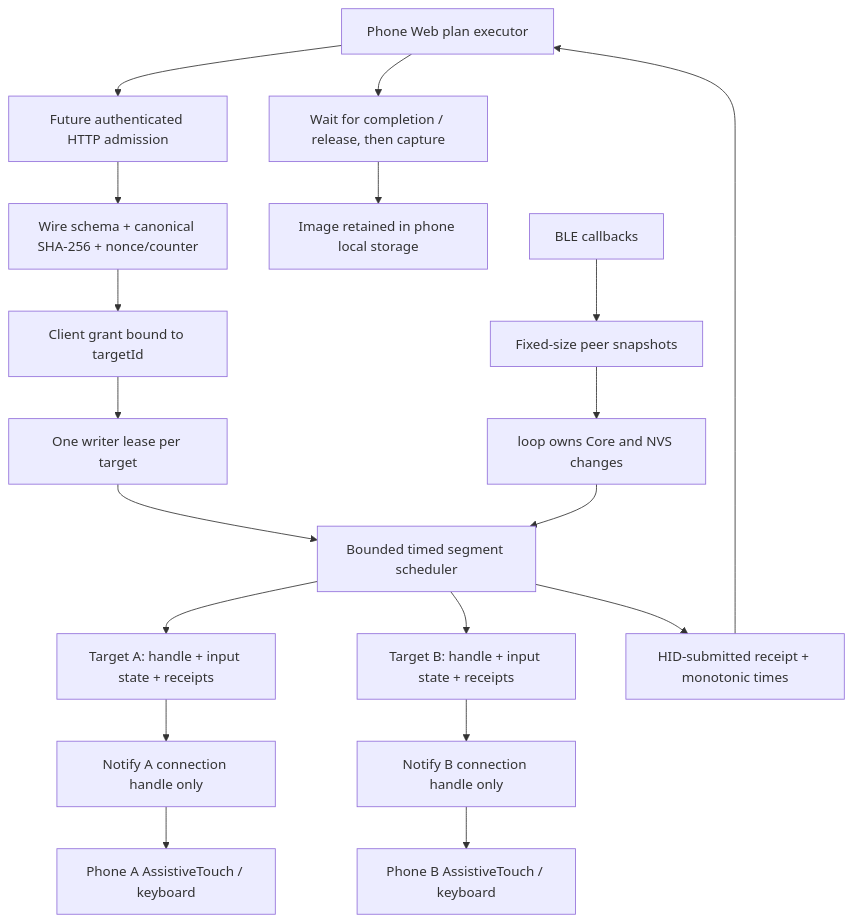
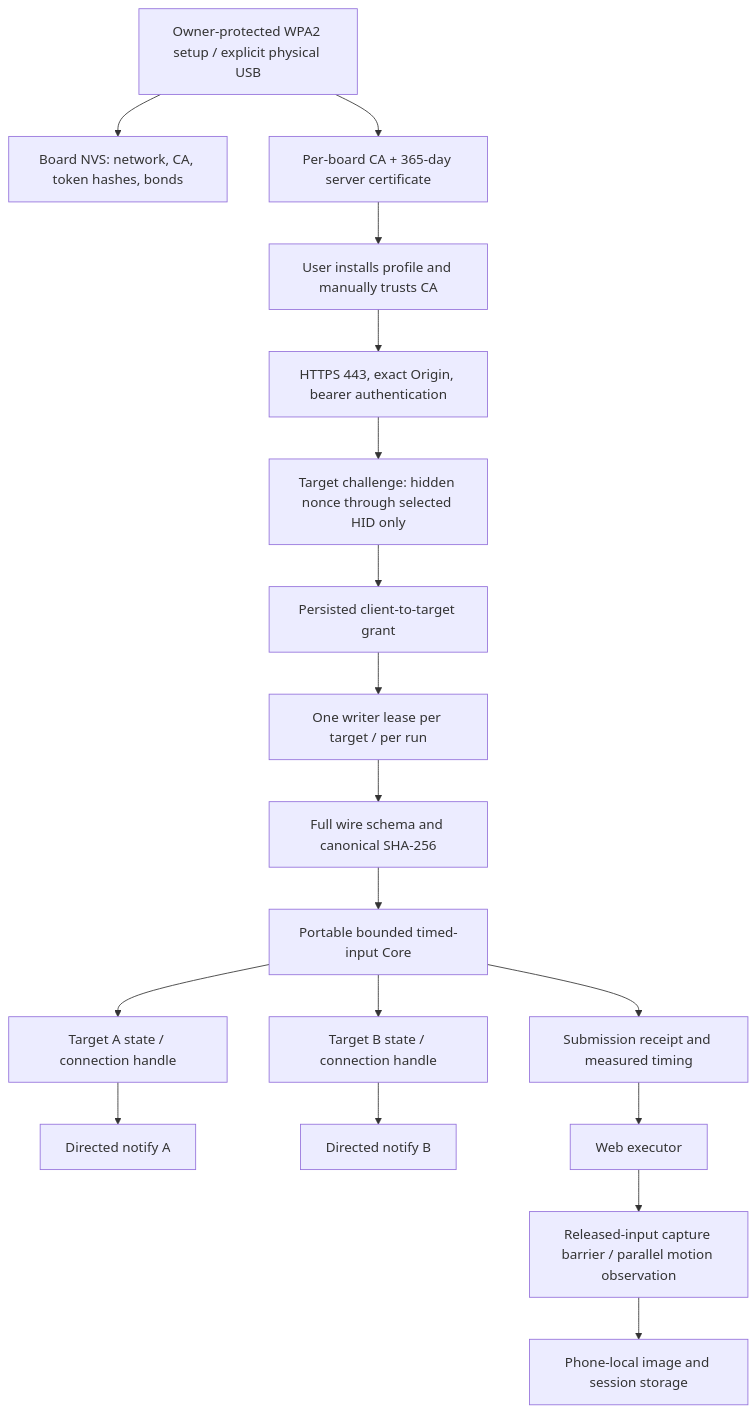
Before and after one commit to cccat6/iphone-agent-harness: the first of 2 diagrams in docs/architecture/firmware-implementation.md, drawn with Mermaid. The commit also changed other lines of this file and 263 other files, not shown here.

Commit message:
Complete local iPhone harness, signed Skills and secure ESP32 bridge

````diff
--- a/docs/architecture/firmware-implementation.md
+++ b/docs/architecture/firmware-implementation.md
@@ -7,21 +9,20 @@
 ```mermaid
 flowchart TD
-  Web[Phone Web plan executor] --> Auth[Future authenticated HTTP admission]
-  Auth --> Verify[Wire schema + canonical SHA-256 + nonce/counter]
-  Verify --> Bind[Client grant bound to targetId]
-  Bind --> Lease[One writer lease per target]
-  Lease --> Core[Bounded timed segment scheduler]
-  Core --> A[Target A: handle + input state + receipts]
-  Core --> B[Target B: handle + input state + receipts]
-  A --> NA[Notify A connection handle only]
-  B --> NB[Notify B connection handle only]
-  NA --> PA[Phone A AssistiveTouch / keyboard]
-  NB --> PB[Phone B AssistiveTouch / keyboard]
-  Core --> Receipt[HID-submitted receipt + monotonic times]
-  Receipt --> Web
-  Web --> Barrier[Wait for completion / release, then capture]
-  Barrier --> Local[Image retained in phone local storage]
-  Peer[BLE callbacks] --> Snap[Fixed-size peer snapshots]
-  Snap --> Loop[loop owns Core and NVS changes]
-  Loop --> Core
+  Setup[Owner-protected WPA2 setup / explicit physical USB] --> NVS[Board NVS: network, CA, token hashes, bonds]
+  Setup --> CA[Per-board CA + 365-day server certificate]
+  CA --> Trust[User installs profile and manually trusts CA]
+  Trust --> TLS[HTTPS 443, exact Origin, bearer authentication]
+  TLS --> Proof[Target challenge: hidden nonce through selected HID only]
+  Proof --> Grant[Persisted client-to-target grant]
+  Grant --> Writer[One writer lease per target / per run]
+  Writer --> Verify[Full wire schema and canonical SHA-256]
+  Verify --> Core[Portable bounded timed-input Core]
+  Core --> A[Target A state / connection handle]
+  Core --> B[Target B state / connection handle]
+  A --> NA[Directed notify A]
+  B --> NB[Directed notify B]
+  Core --> Receipt[Submission receipt and measured timing]
+  Receipt --> Host[Web executor]
+  Host --> Capture[Released-input capture barrier / parallel motion observation]
+  Capture --> DB[Phone-local image and session storage]
 ```
````
